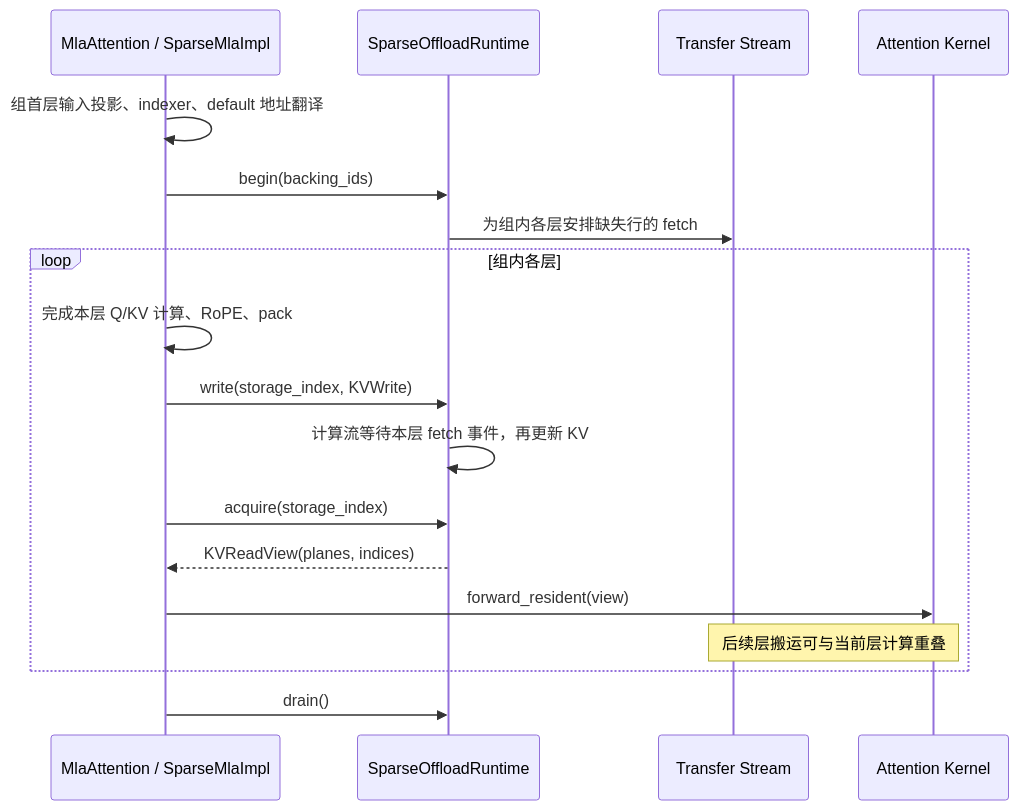
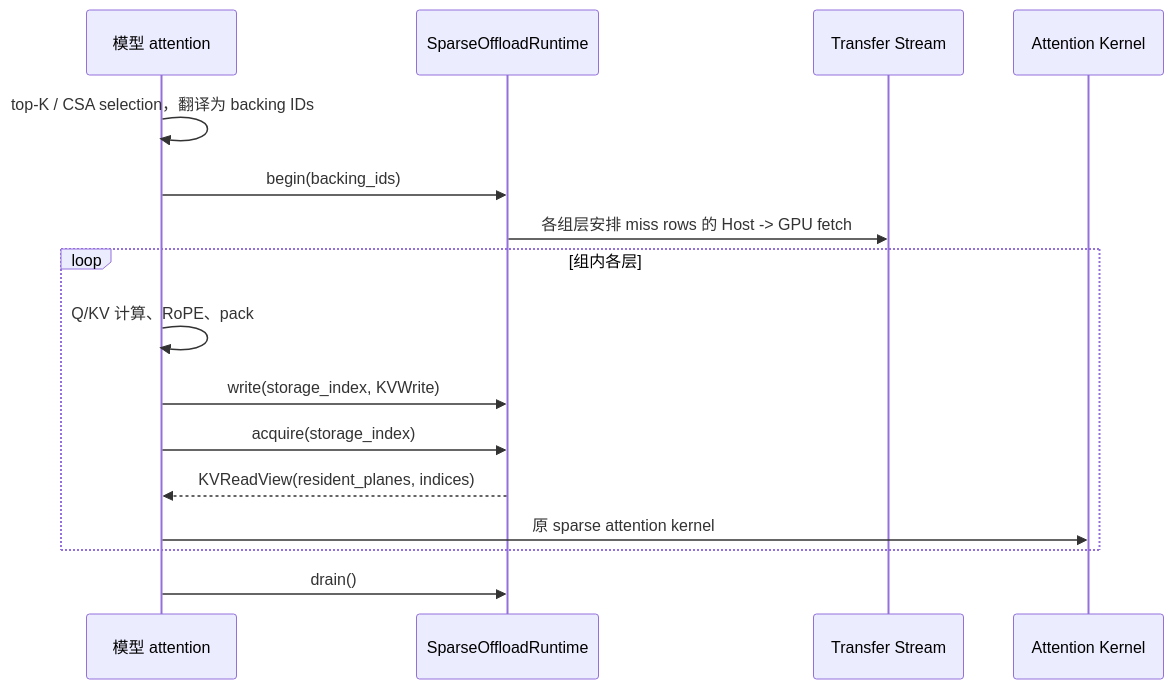
Before and after one commit to alibaba/rtp-llm: the second of 2 diagrams in docs/sparse_kv_offload.md, drawn with Mermaid. The commit also changed other lines of this file and 9 other files, not shown here.

````diff
--- a/docs/sparse_kv_offload.md
+++ b/docs/sparse_kv_offload.md
@@ -92,20 +131,18 @@
 ```mermaid
 sequenceDiagram
-    participant M as MlaAttention / SparseMlaImpl
+    participant M as 模型 attention
     participant R as SparseOffloadRuntime
     participant T as Transfer Stream
     participant A as Attention Kernel
-    M->>M: 组首层输入投影、indexer、default 地址翻译
+    M->>M: top-K / CSA selection，翻译为 backing IDs
     M->>R: begin(backing_ids)
-    R->>T: 为组内各层安排缺失行的 fetch
+    R->>T: 各组层安排 miss rows 的 Host -> GPU fetch
     loop 组内各层
-        M->>M: 完成本层 Q/KV 计算、RoPE、pack
+        M->>M: Q/KV 计算、RoPE、pack
         M->>R: write(storage_index, KVWrite)
-        R->>R: 计算流等待本层 fetch 事件，再更新 KV
         M->>R: acquire(storage_index)
-        R-->>M: KVReadView(planes, indices)
-        M->>A: forward_resident(view)
-        Note over T,A: 后续层搬运可与当前层计算重叠
+        R-->>M: KVReadView(resident_planes, indices)
+        M->>A: 原 sparse attention kernel
     end
     M->>R: drain()
 ```
````
